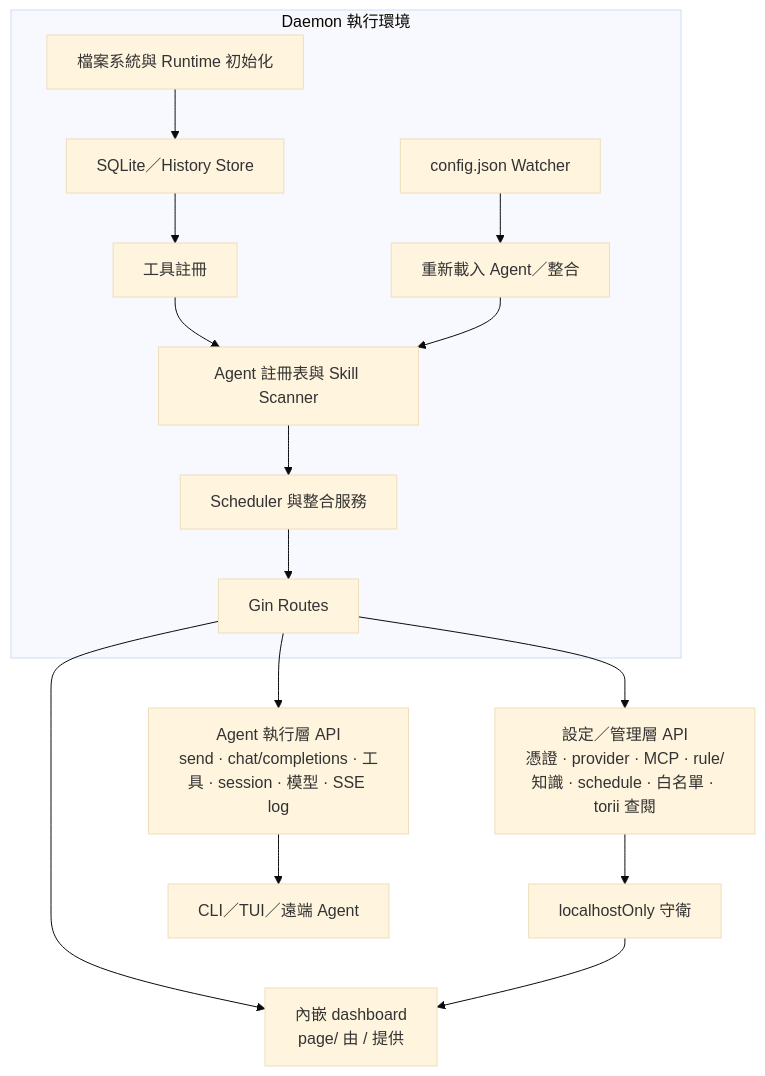
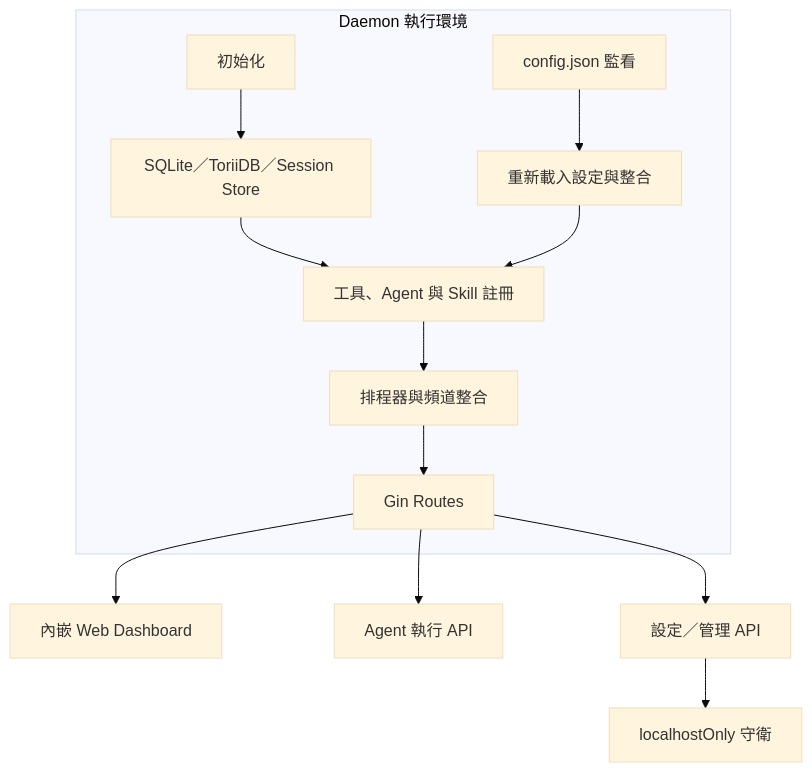
Before and after one commit to agenvoy/Agenvoy: the third of 9 diagrams in doc/architecture.zh.md, drawn with Mermaid (base theme). The commit also changed other lines of this file and 5 other files, not shown here.

````diff
--- a/doc/architecture.zh.md
+++ b/doc/architecture.zh.md
@@ -71,18 +50,15 @@
 ```mermaid
 graph TB
     subgraph Daemon[Daemon 執行環境]
-        Init[檔案系統與 Runtime 初始化] --> Storage[SQLite／History Store]
-        Storage --> ToolInit[工具註冊]
-        ToolInit --> AgentInit[Agent 註冊表與 Skill Scanner]
-        AgentInit --> Services[Scheduler 與整合服務]
+        Init[初始化] --> Store[SQLite／ToriiDB／Session Store]
+        Store --> Register[工具、Agent 與 Skill 註冊]
+        Register --> Services[排程器與頻道整合]
         Services --> Routes[Gin Routes]
-        Config[config.json Watcher] --> Reload[重新載入 Agent／整合]
-        Reload --> AgentInit
+        Config[config.json 監看] --> Reload[重新載入設定與整合]
+        Reload --> Register
     end
-    Routes --> ExecAPI[Agent 執行層 API<br/>send · chat/completions · 工具 · session · 模型 · SSE log]
-    Routes --> ConfigAPI[設定／管理層 API<br/>憑證 · provider · MCP · rule/知識 · schedule · 白名單 · torii 查閱]
-    Routes --> Page[內嵌 dashboard<br/>page/ 由 / 提供]
+    Routes --> Dashboard[內嵌 Web Dashboard]
+    Routes --> ExecAPI[Agent 執行 API]
+    Routes --> ConfigAPI[設定／管理 API]
     ConfigAPI --> LocalGuard[localhostOnly 守衛]
-    ExecAPI --> Client[CLI／TUI／遠端 Agent]
-    LocalGuard --> Page
 ```
````
